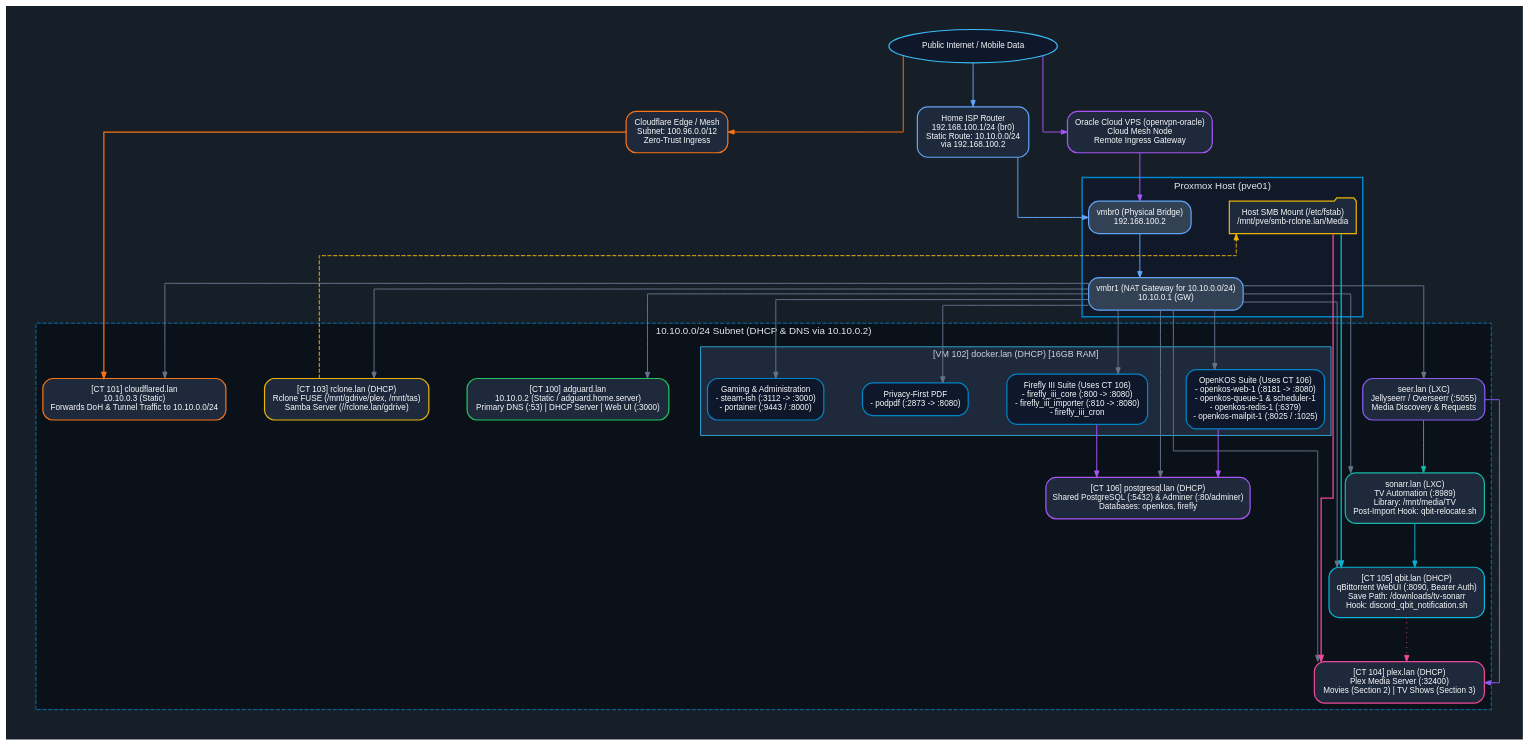
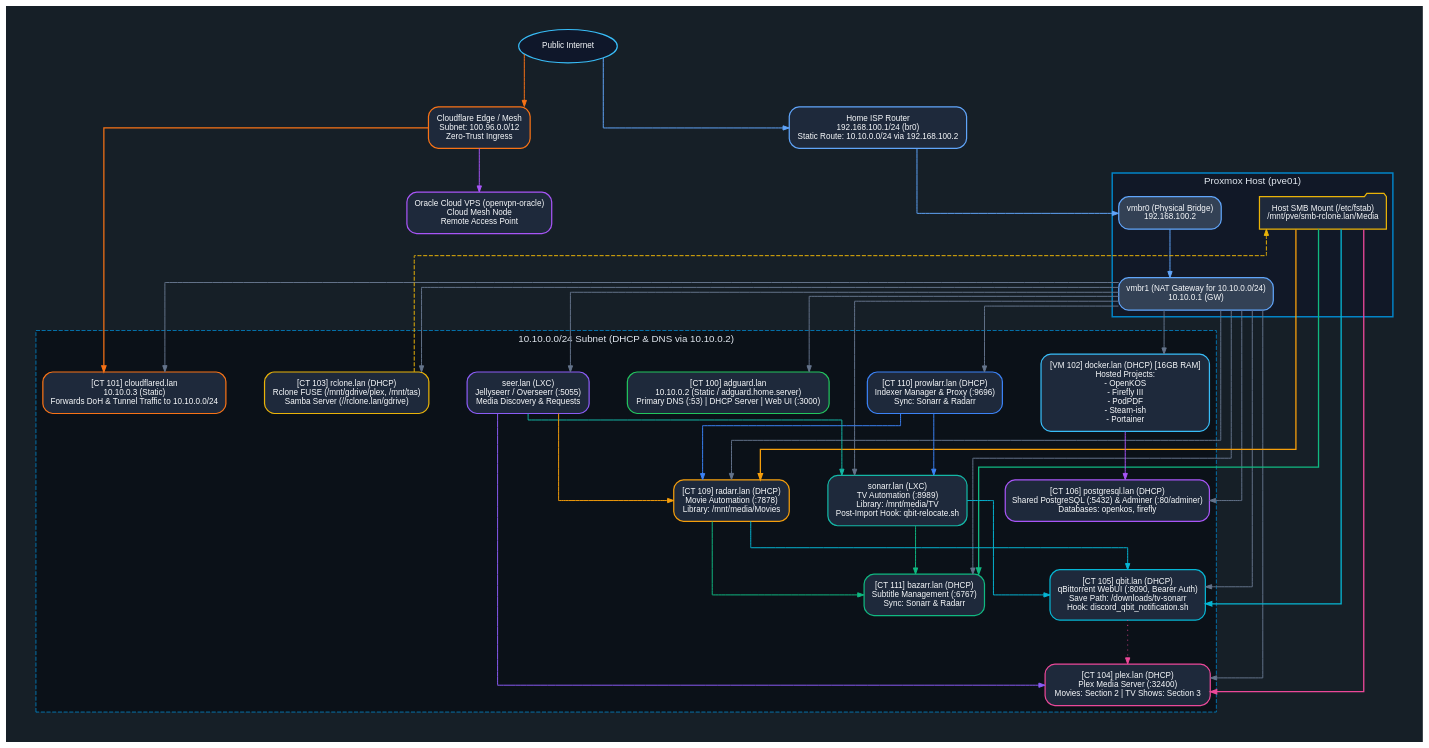
The diagram in docs/network/network-topology.dot (jhnnr/selfhost.md), drawn with Graphviz before and after one commit. The commit also changed 11 other files, not shown here.

```diff
--- a/docs/network/network-topology.dot
+++ b/docs/network/network-topology.dot
@@ -35,32 +35,32 @@
         arrowsize = 0.75
     ];
 
-    // WAN Entry Point
+    // Sole top node: Public Internet
     wan [
-        label = "Public Internet / Mobile Data",
+        label = "Public Internet",
         shape = ellipse,
         fillcolor = "#0f172a",
         color = "#38bdf8",
         fontcolor = "#f8fafc"
     ];
 
-    // Home Physical ISP Router
+    // Physical Network Path
     router [
-        label = "Home ISP Router\n192.168.100.1/24 (br0)\nStatic Route: 10.10.0.0/24\nvia 192.168.100.2",
+        label = "Home ISP Router\n192.168.100.1/24 (br0)\nStatic Route: 10.10.0.0/24 via 192.168.100.2",
         fillcolor = "#1e293b",
         color = "#60a5fa"
     ];
 
-    // Cloudflare Edge / Mesh (Connects directly into cloudflared.lan)
+    // Cloudflare Edge / Mesh
     cf_mesh [
         label = "Cloudflare Edge / Mesh\nSubnet: 100.96.0.0/12\nZero-Trust Ingress",
         fillcolor = "#1e293b",
         color = "#f97316"
     ];
 
-    // Separate Oracle Cloud VPN Node
+    // Oracle Cloud VPS Node (connected via Cloudflare Mesh)
     vps_oracle [
-        label = "Oracle Cloud VPS (openvpn-oracle)\nCloud Mesh Node\nRemote Ingress Gateway",
+        label = "Oracle Cloud VPS (openvpn-oracle)\nCloud Mesh Node\nRemote Access Point",
         fillcolor = "#1e293b",
         color = "#a855f7"
     ];
@@ -125,39 +125,12 @@
             color = "#a855f7"
         ];
 
-        // Dedicated Docker Host VM
-        subgraph cluster_docker {
-            label = "[VM 102] docker.lan (DHCP) [16GB RAM]";
-            fontcolor = "#cbd5e1";
-            fontsize = 11;
-            style = "filled";
-            fillcolor = "#1e293b";
-            color = "#38bdf8";
-
-            openkos [
-                label = "OpenKOS Suite (Uses CT 106)\n- openkos-web-1 (:8181 -> :8080)\n- openkos-queue-1 & scheduler-1\n- openkos-redis-1 (:6379)\n- openkos-mailpit-1 (:8025 / :1025)",
-                fillcolor = "#0f172a",
-                color = "#0284c7"
-            ];
-
-            firefly [
-                label = "Firefly III Suite (Uses CT 106)\n- firefly_iii_core (:800 -> :8080)\n- firefly_iii_importer (:810 -> :8080)\n- firefly_iii_cron",
-                fillcolor = "#0f172a",
-                color = "#0284c7"
-            ];
-
-            podpdf [
-                label = "Privacy-First PDF\n- podpdf (:2873 -> :8080)",
-                fillcolor = "#0f172a",
-                color = "#0284c7"
-            ];
-
-            mgmt_gaming [
-                label = "Gaming & Administration\n- steam-ish (:3112 -> :3000)\n- portainer (:9443 / :8000)",
-                fillcolor = "#0f172a",
-                color = "#0284c7"
-            ];
-        }
+        // Dedicated Docker Host VM - Flat list of hosted projects without categorization
+        vm102 [
+            label = "[VM 102] docker.lan (DHCP) [16GB RAM]\nHosted Projects:\n- OpenKOS\n- Firefly III\n- PodPDF\n- Steam-ish\n- Portainer",
+            fillcolor = "#1e293b",
+            color = "#38bdf8"
+        ];
 
         // Storage Controller
         ct103 [
@@ -166,9 +139,9 @@
             color = "#eab308"
         ];
 
-        // Media Server
+        // Media Playback Server
         ct104 [
-            label = "[CT 104] plex.lan (DHCP)\nPlex Media Server (:32400)\nMovies (Section 2) | TV Shows (Section 3)",
+            label = "[CT 104] plex.lan (DHCP)\nPlex Media Server (:32400)\nMovies: Section 2 | TV Shows: Section 3",
             fillcolor = "#1e293b",
             color = "#ec4899"
         ];
@@ -180,13 +153,35 @@
             color = "#06b6d4"
         ];
 
-        // Media Automation
+        // TV Automation
         sonarr [
             label = "sonarr.lan (LXC)\nTV Automation (:8989)\nLibrary: /mnt/media/TV\nPost-Import Hook: qbit-relocate.sh",
             fillcolor = "#1e293b",
             color = "#14b8a6"
         ];
 
+        // Movie Automation
+        ct109 [
+            label = "[CT 109] radarr.lan (DHCP)\nMovie Automation (:7878)\nLibrary: /mnt/media/Movies",
+            fillcolor = "#1e293b",
+            color = "#f59e0b"
+        ];
+
+        // Indexer Management
+        ct110 [
+            label = "[CT 110] prowlarr.lan (DHCP)\nIndexer Manager & Proxy (:9696)\nSync: Sonarr & Radarr",
+            fillcolor = "#1e293b",
+            color = "#3b82f6"
+        ];
+
+        // Subtitle Automation
+        ct111 [
+            label = "[CT 111] bazarr.lan (DHCP)\nSubtitle Management (:6767)\nSync: Sonarr & Radarr",
+            fillcolor = "#1e293b",
+            color = "#10b981"
+        ];
+
+        // Media Discovery & Requests
         seer [
             label = "seer.lan (LXC)\nJellyseerr / Overseerr (:5055)\nMedia Discovery & Requests",
             fillcolor = "#1e293b",
@@ -194,49 +189,56 @@
         ];
     }
 
-    // Top-Level Connections
+    // Top-Level Ingress Routing
+    // Only Public Internet at the top
     wan -> router [color = "#60a5fa"];
     wan -> cf_mesh [color = "#f97316"];
-    wan -> vps_oracle [color = "#a855f7"];
 
-    // Physical uplink from ISP Router to Proxmox vmbr0
+    // Home ISP router is the ONLY link connected to vmbr0
     router -> vmbr0 [color = "#60a5fa"];
 
-    // Oracle VPS Cloud Mesh Node connects to Proxmox vmbr0
-    vps_oracle -> vmbr0 [color = "#a855f7"];
+    // Oracle Cloud VPS connects through Cloudflare Edge / Mesh
+    cf_mesh -> vps_oracle [color = "#a855f7"];
 
     // Cloudflare Edge / Mesh connects directly through cloudflared.lan
     cf_mesh -> ct101 [color = "#f97316", penwidth = 1.5];
 
-    // Proxmox Bridge Interconnect (Physical -> NAT Subnet)
+    // Proxmox Internal NAT Bridge
     vmbr0 -> vmbr1 [color = "#60a5fa"];
 
-    // Subnet Distribution from vmbr1 Gateway
+    // Subnet Distribution from Gateway
     vmbr1 -> ct100;
     vmbr1 -> ct101;
     vmbr1 -> ct106;
-    vmbr1 -> openkos;
-    vmbr1 -> firefly;
-    vmbr1 -> podpdf;
-    vmbr1 -> mgmt_gaming;
+    vmbr1 -> vm102;
     vmbr1 -> ct103;
     vmbr1 -> ct104;
     vmbr1 -> ct105;
     vmbr1 -> sonarr;
+    vmbr1 -> ct109;
+    vmbr1 -> ct110;
+    vmbr1 -> ct111;
     vmbr1 -> seer;
 
-    // Database Connections from Docker Containers to CT 106
-    openkos -> ct106 [color = "#a855f7"];
-    firefly -> ct106 [color = "#a855f7"];
+    // Database Connection from Docker VM to PostgreSQL
+    vm102 -> ct106 [color = "#a855f7"];
 
-    // Storage Pipeline: CT 103 Samba Share -> Host Mount -> LXC Bind Mounts
+    // Storage Pipeline (Samba Share -> Host Mount -> LXC Bind Mounts)
     ct103 -> host_smb [style = "dashed", color = "#eab308"];
     host_smb -> ct104 [color = "#ec4899", penwidth = 1.6];
     host_smb -> ct105 [color = "#06b6d4", penwidth = 1.6];
+    host_smb -> ct109 [color = "#f59e0b", penwidth = 1.6];
+    host_smb -> ct111 [color = "#10b981", penwidth = 1.6];
 
-    // Media Pipeline Interconnects
+    // Media Automation Pipeline Interconnects
     seer -> sonarr [color = "#14b8a6"];
+    seer -> ct109 [color = "#f59e0b"];
     seer -> ct104 [color = "#8b5cf6"];
+    ct110 -> sonarr [color = "#3b82f6"];
+    ct110 -> ct109 [color = "#3b82f6"];
     sonarr -> ct105 [color = "#06b6d4"];
+    ct109 -> ct105 [color = "#06b6d4"];
+    sonarr -> ct111 [color = "#10b981"];
+    ct109 -> ct111 [color = "#10b981"];
     ct105 -> ct104 [style = "dotted", color = "#ec4899"];
 }
```
